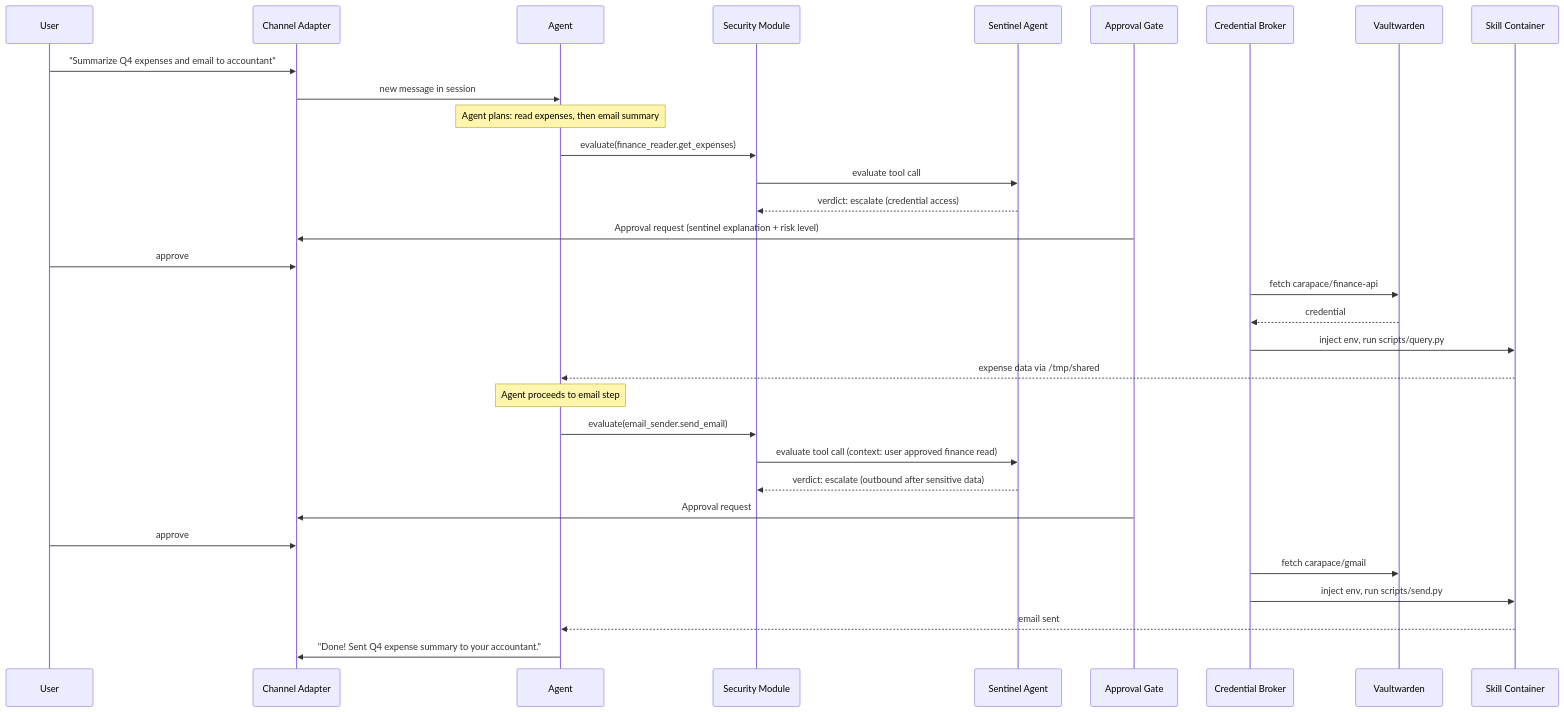
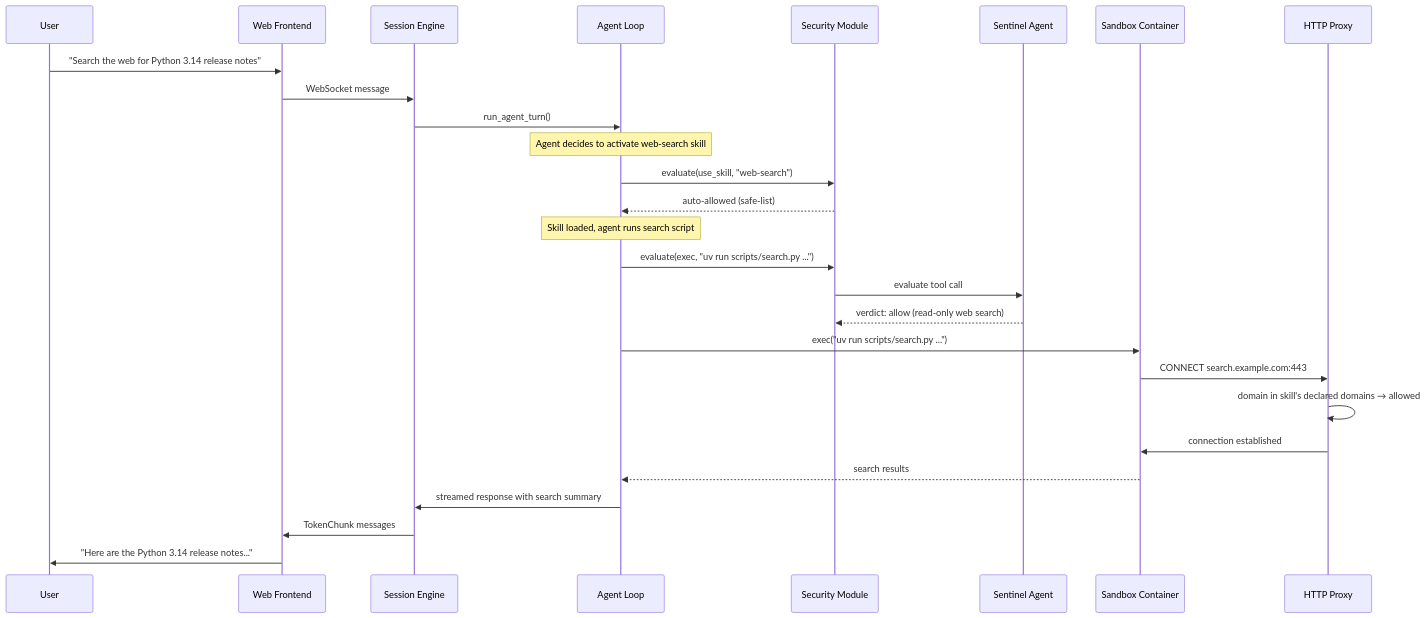
The second of 2 diagrams in docs/architecture.md (thiesgerken/carapace), drawn with Mermaid before and after one commit. The commit also changed other lines of this file and 11 other files, not shown here.

````diff
--- a/docs/architecture.md
+++ b/docs/architecture.md
@@ -113,44 +125,36 @@
 ```mermaid
 sequenceDiagram
     participant User
-    participant Channel as Channel Adapter
-    participant Agent
+    participant Frontend as Web Frontend
+    participant Engine as Session Engine
+    participant Agent as Agent Loop
     participant Security as Security Module
     participant Sentinel as Sentinel Agent
-    participant Gate as Approval Gate
-    participant CredBroker as Credential Broker
-    participant Vault as Vaultwarden
-    participant SkillCtr as Skill Container
+    participant Sandbox as Sandbox Container
+    participant Proxy as HTTP Proxy
 
-    User->>Channel: "Summarize Q4 expenses and email to accountant"
-    Channel->>Agent: new message in session
+    User->>Frontend: "Search the web for Python 3.14 release notes"
+    Frontend->>Engine: WebSocket message
+    Engine->>Agent: run_agent_turn()
 
-    Note over Agent: Agent plans: read expenses, then email summary
+    Note over Agent: Agent decides to activate web-search skill
 
-    Agent->>Security: evaluate(finance_reader.get_expenses)
+    Agent->>Security: evaluate(use_skill, "web-search")
+    Security-->>Agent: auto-allowed (safe-list)
+
+    Note over Agent: Skill loaded, agent runs search script
+
+    Agent->>Security: evaluate(exec, "uv run scripts/search.py ...")
     Security->>Sentinel: evaluate tool call
-    Sentinel-->>Security: verdict: escalate (credential access)
+    Sentinel-->>Security: verdict: allow (read-only web search)
 
-    Gate->>Channel: Approval request (sentinel explanation + risk level)
-    User->>Channel: approve
+    Agent->>Sandbox: exec("uv run scripts/search.py ...")
+    Sandbox->>Proxy: CONNECT search.example.com:443
+    Proxy->>Proxy: domain in skill's declared domains → allowed
+    Proxy->>Sandbox: connection established
+    Sandbox-->>Agent: search results
 
-    CredBroker->>Vault: fetch carapace/finance-api
-    Vault-->>CredBroker: credential
-    CredBroker->>SkillCtr: inject env, run scripts/query.py
-    SkillCtr-->>Agent: expense data via /tmp/shared
-
-    Note over Agent: Agent proceeds to email step
-
-    Agent->>Security: evaluate(email_sender.send_email)
-    Security->>Sentinel: evaluate tool call (context: user approved finance read)
-    Sentinel-->>Security: verdict: escalate (outbound after sensitive data)
-
-    Gate->>Channel: Approval request
-    User->>Channel: approve
-
-    CredBroker->>Vault: fetch carapace/gmail
-    CredBroker->>SkillCtr: inject env, run scripts/send.py
-    SkillCtr-->>Agent: email sent
-
-    Agent->>Channel: "Done! Sent Q4 expense summary to your accountant."
+    Agent->>Engine: streamed response with search summary
+    Engine->>Frontend: TokenChunk messages
+    Frontend->>User: "Here are the Python 3.14 release notes..."
 ```
````
